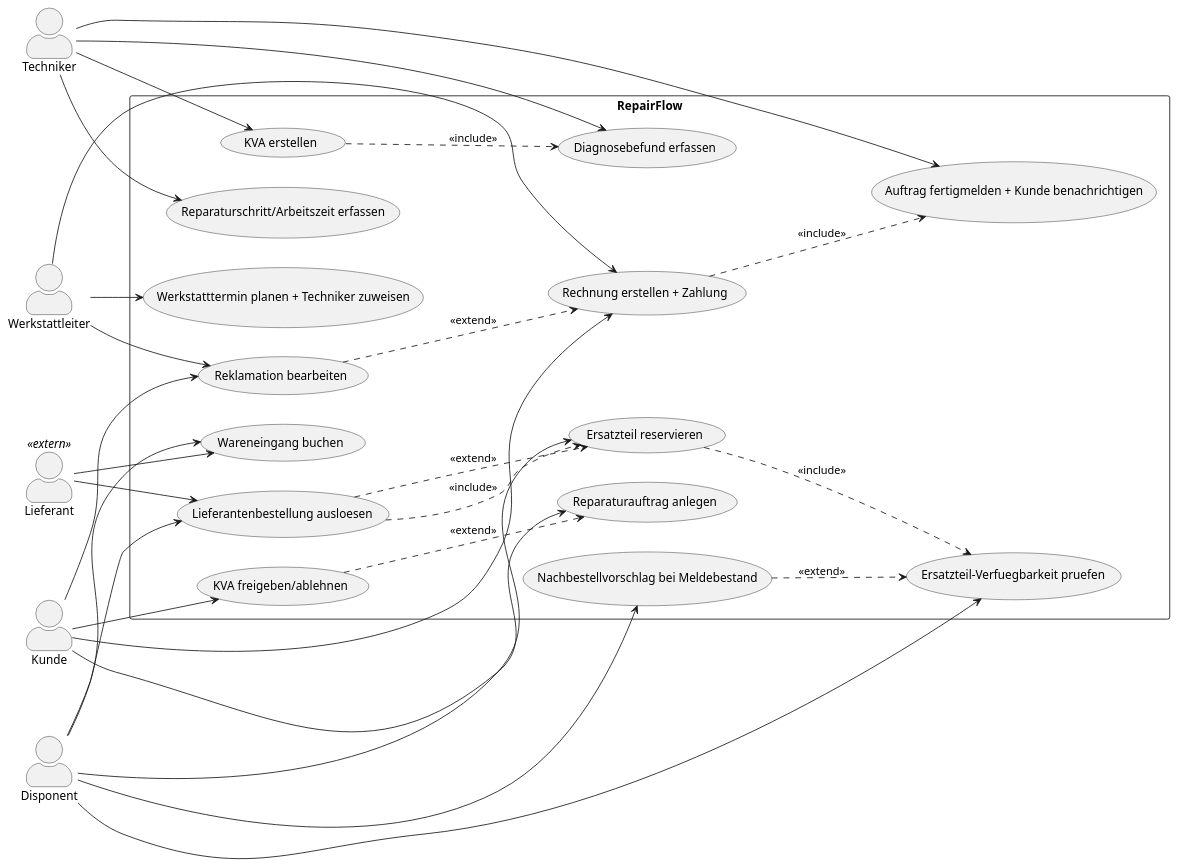
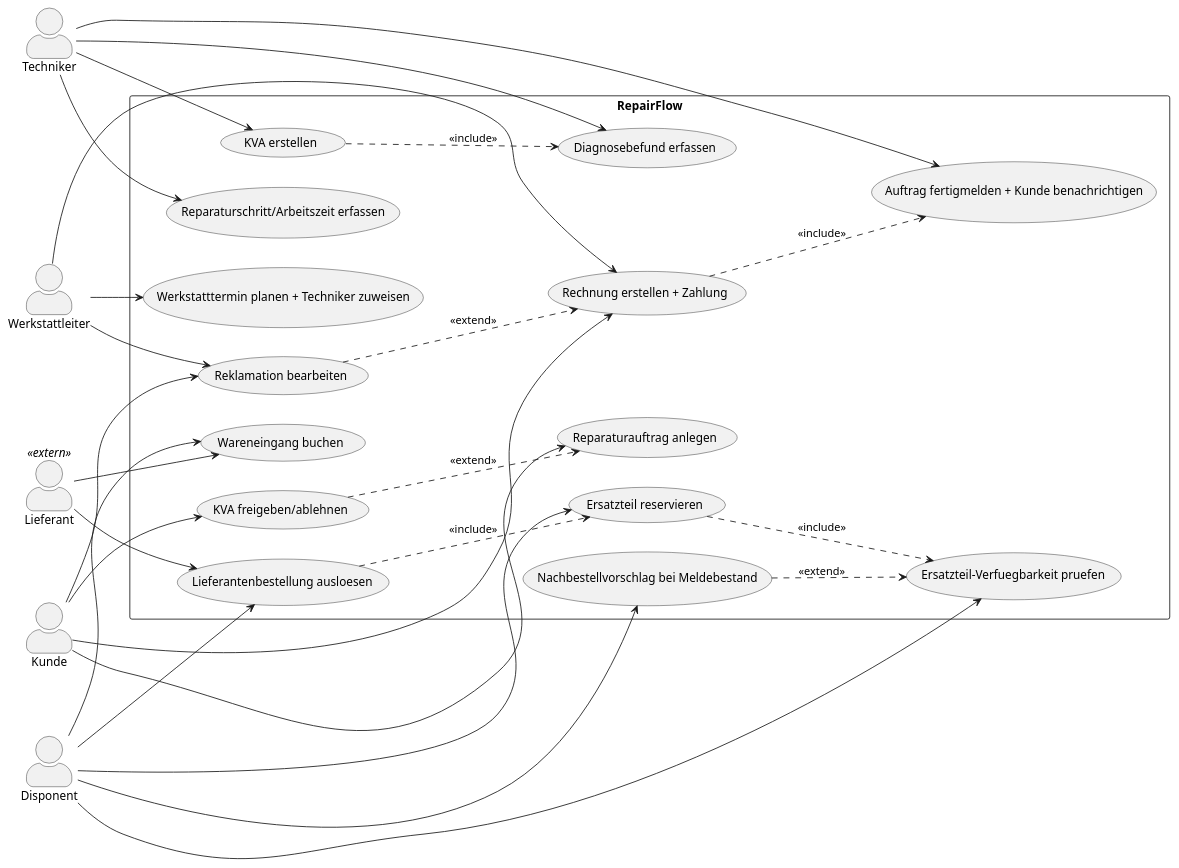
The diagram in repairflow/repairflow-02-usecase.md (jakobschwan123-cmd/casestudy-semester-3), drawn with PlantUML before and after one commit.

Commit message:
Remove duplicate UC7→UC6 extend relation in use case diagram
UC7 already includes UC6 — the redundant extend was contradictory.

```diff
--- a/repairflow/repairflow-02-usecase.md
+++ b/repairflow/repairflow-02-usecase.md
@@ -87,8 +87,6 @@
 
 ' KVA-Freigabe ist ein bedingter Zwischenschritt des Auftrags
 UC4 ..> UC1 : <<extend>>
-' Bei fehlendem Teil erweitert die Bestellung die Reservierung
-UC7 ..> UC6 : <<extend>>
 ' Reklamation kann den regulären Abschluss erweitern
 UC12 ..> UC11 : <<extend>>
 ' Unterschreitet der Lagerbestand den Meldebestand, erweitert der Nachbestellvorschlag die Verfügbarkeitsprüfung
```
